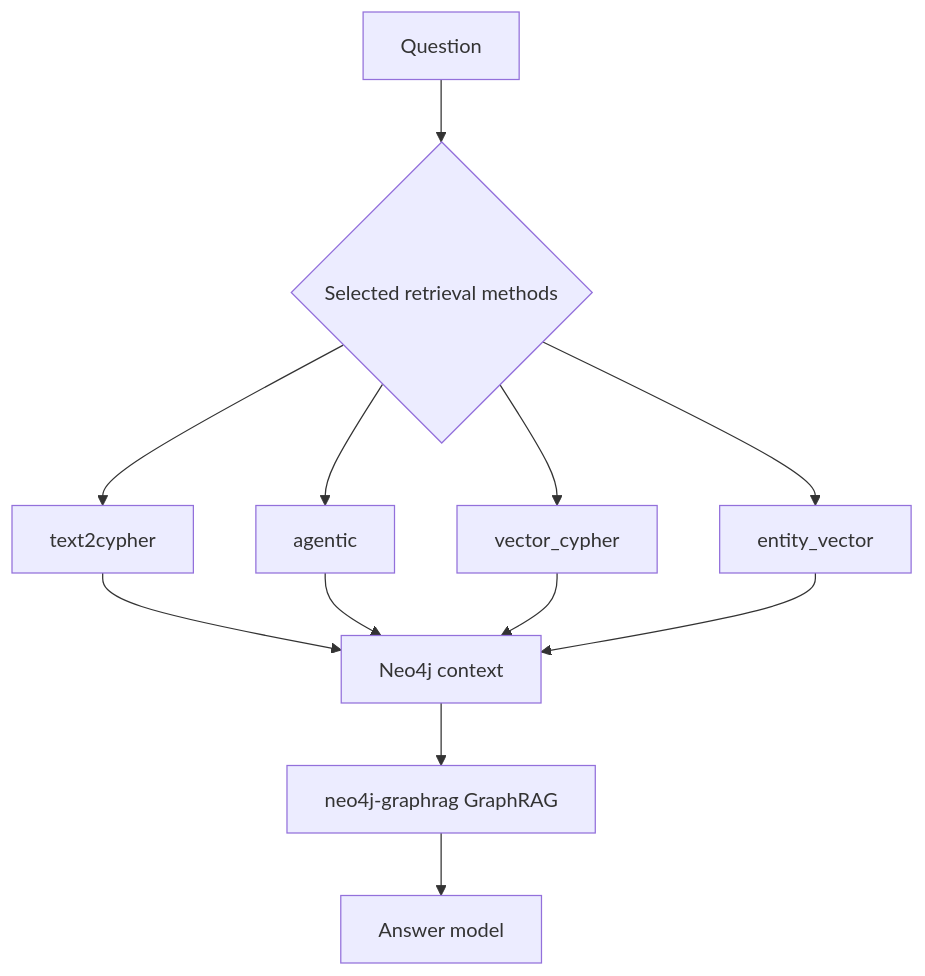
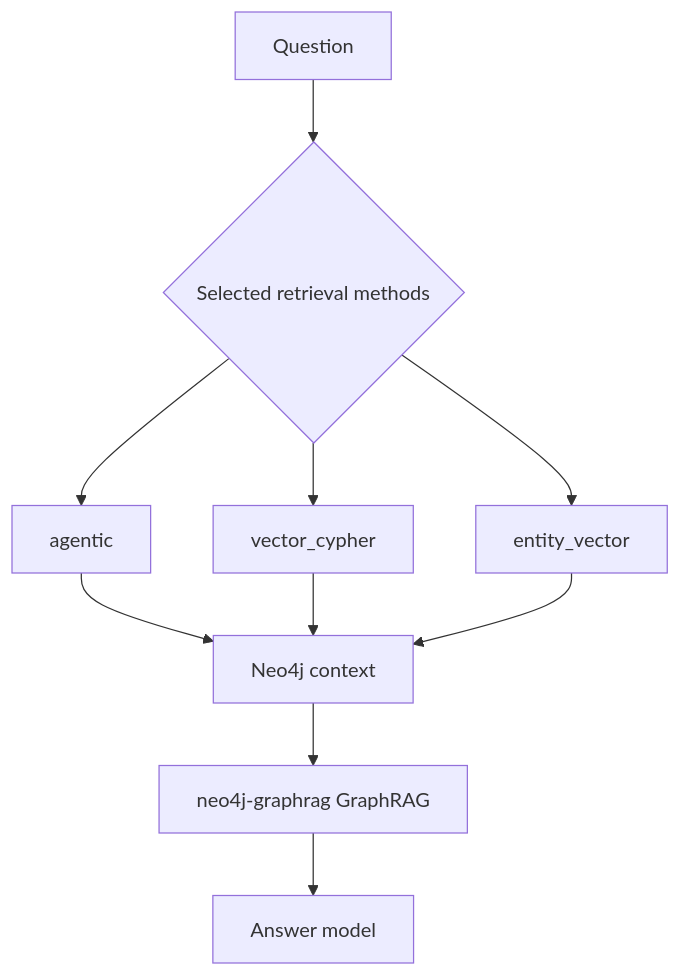
One commit to udit19199/RecRAG changed the diagram in docs/graphrag/retrieval.md. Above: the diagram before and after it, drawn with Mermaid. The commit also changed other lines of this file and 24 other files, not shown here.

Commit message:
Add router study and classical RAG; reorganize docs; drop standalone text2cypher

````diff
--- a/docs/graphrag/retrieval.md
+++ b/docs/graphrag/retrieval.md
@@ -10,14 +10,12 @@
 ```mermaid
 flowchart TD
     A[Question] --> B{Selected retrieval methods}
-    B --> C[text2cypher]
-    B --> D[agentic]
-    B --> E[vector_cypher]
-    B --> F[entity_vector]
-    C --> G[Neo4j context]
-    D --> G
-    E --> G
-    F --> G
-    G --> H[neo4j-graphrag GraphRAG]
-    H --> I[Answer model]
+    B --> C[agentic]
+    B --> D[vector_cypher]
+    B --> E[entity_vector]
+    C --> F[Neo4j context]
+    D --> F
+    E --> F
+    F --> G[neo4j-graphrag GraphRAG]
+    G --> H[Answer model]
 ```
````
